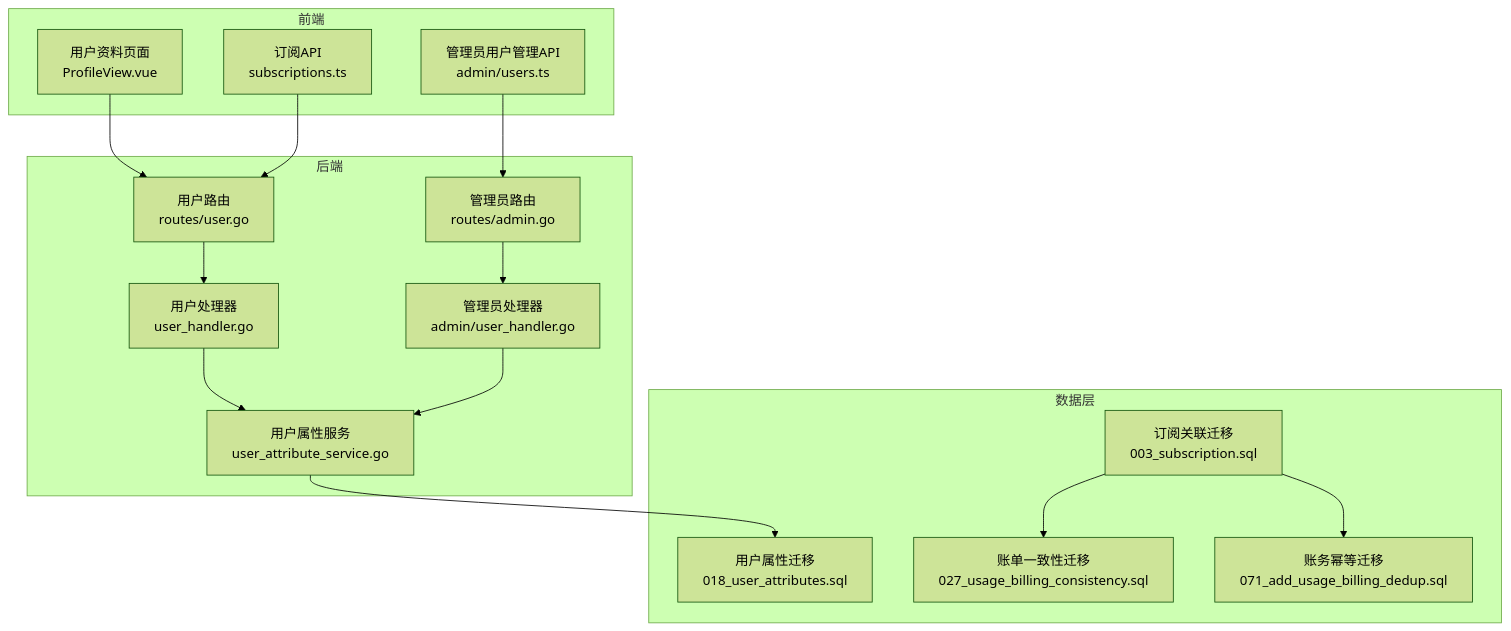
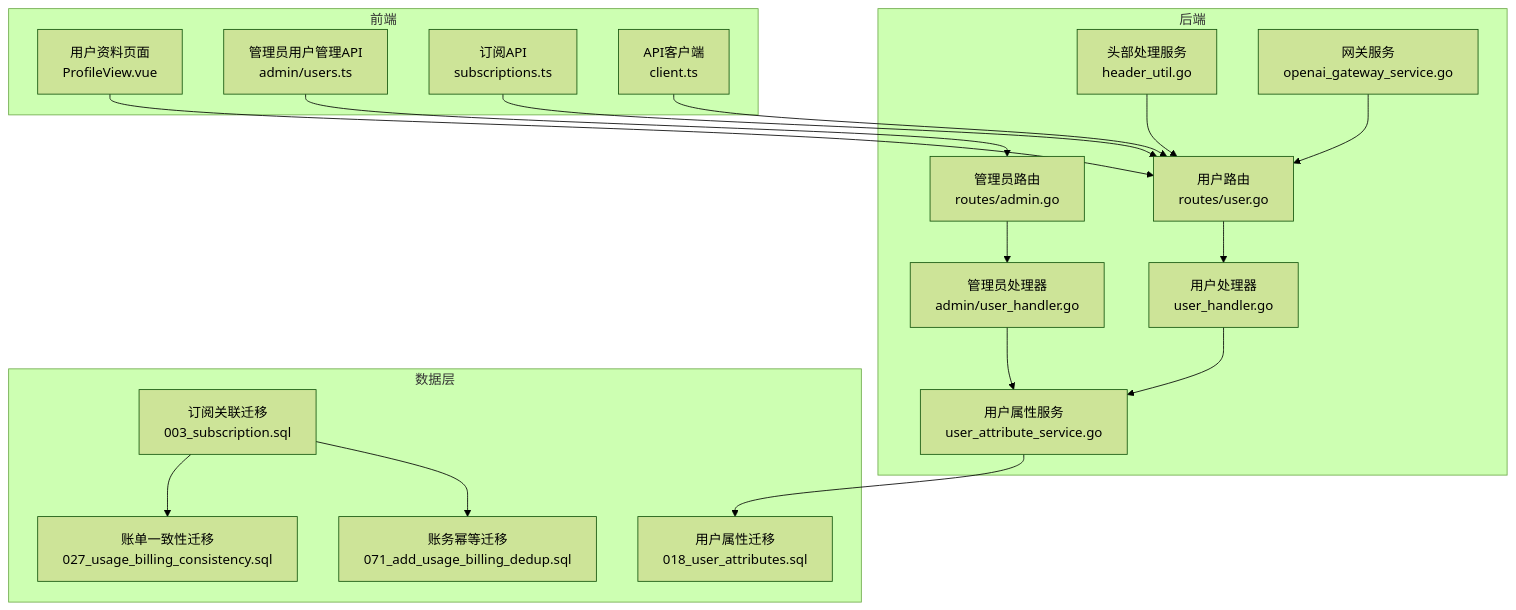
The first of 9 diagrams in .qoder/repowiki/zh/content/API参考文档/用户管理API.md (ai-poet/sub2api), drawn with Mermaid (forest theme) before and after one commit. The commit also changed other lines of this file and 30 other files, not shown here.

````diff
--- a/.qoder/repowiki/zh/content/API参考文档/用户管理API.md
+++ b/.qoder/repowiki/zh/content/API参考文档/用户管理API.md
@@ -38,31 +53,37 @@
 ```mermaid
 graph TB
 subgraph "前端"
 FE_Profile["用户资料页面<br/>ProfileView.vue"]
 FE_AdminUsers["管理员用户管理API<br/>admin/users.ts"]
 FE_Subscriptions["订阅API<br/>subscriptions.ts"]
+FE_Client["API客户端<br/>client.ts"]
 end
 subgraph "后端"
 RT_User["用户路由<br/>routes/user.go"]
 RT_Admin["管理员路由<br/>routes/admin.go"]
 H_User["用户处理器<br/>user_handler.go"]
 H_Admin["管理员处理器<br/>admin/user_handler.go"]
 S_Attr["用户属性服务<br/>user_attribute_service.go"]
+S_Header["头部处理服务<br/>header_util.go"]
+S_Gateway["网关服务<br/>openai_gateway_service.go"]
 end
 subgraph "数据层"
 M_Attr["用户属性迁移<br/>018_user_attributes.sql"]
 M_Sub["订阅关联迁移<br/>003_subscription.sql"]
 M_Bill["账单一致性迁移<br/>027_usage_billing_consistency.sql"]
 M_Dedup["账务幂等迁移<br/>071_add_usage_billing_dedup.sql"]
 end
 FE_Profile --> RT_User
 FE_AdminUsers --> RT_Admin
 FE_Subscriptions --> RT_User
+FE_Client --> RT_User
 RT_User --> H_User
 RT_Admin --> H_Admin
 H_User --> S_Attr
 H_Admin --> S_Attr
 S_Attr --> M_Attr
+S_Header --> RT_User
+S_Gateway --> RT_User
 M_Sub --> M_Bill
 M_Sub --> M_Dedup
 ```
````
